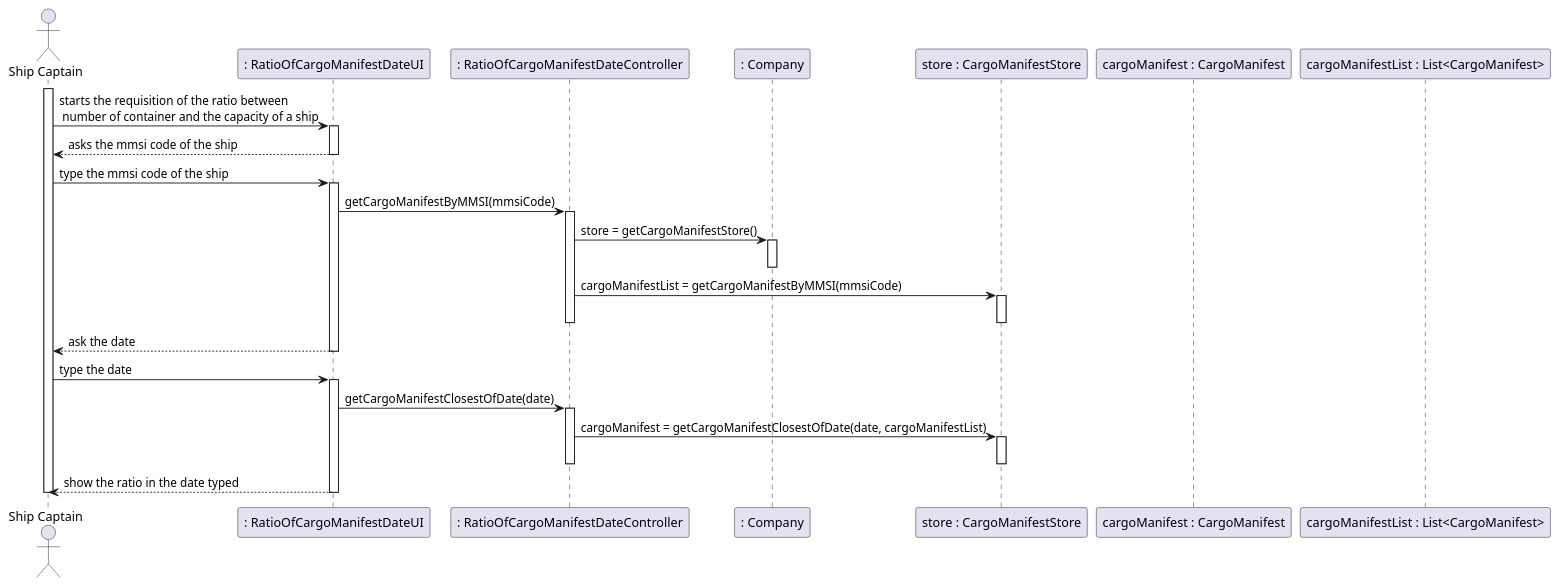
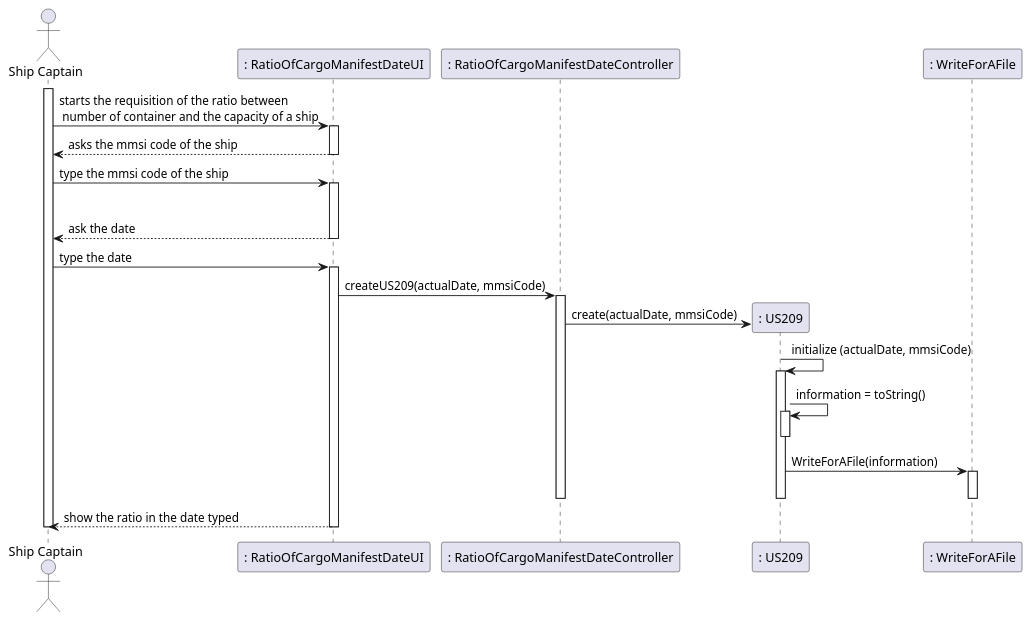
Before and after one commit to 0franciscor/lapr3-2021-g042: the diagram in docs/US209/SD_US209.puml, drawn with PlantUML. The commit also changed 16 other files, not shown here.

```diff
--- a/docs/US209/SD_US209.puml
+++ b/docs/US209/SD_US209.puml
@@ -1,47 +1,48 @@
 @startuml
 'https://plantuml.com/sequence-diagram
 
 actor "Ship Captain" as SC
 participant ": RatioOfCargoManifestDateUI" as UI
 participant ": RatioOfCargoManifestDateController" as CT
-participant ": Company" as CP
-participant "store : CargoManifestStore" as ST
-participant "cargoManifest : CargoManifest" as CM
-participant "cargoManifestList : List<CargoManifest>" as CML
+participant ": US209" as US
+participant ": WriteForAFile" as WF
+
 
 
 activate SC
 SC->UI : starts the requisition of the ratio between\n number of container and the capacity of a ship
 activate UI
 
 UI --> SC : asks the mmsi code of the ship
 deactivate UI
 SC -> UI : type the mmsi code of the ship
 activate UI
-UI -> CT : getCargoManifestByMMSI(mmsiCode)
-activate CT
-CT -> CP : store = getCargoManifestStore()
-activate CP
-deactivate CP
-CT-> ST : cargoManifestList = getCargoManifestByMMSI(mmsiCode)
-activate ST
-deactivate ST
+
 
 deactivate CT
 UI-->SC : ask the date
 deactivate UI
 
 SC -> UI : type the date
 activate UI
-UI-> CT : getCargoManifestClosestOfDate(date)
+UI-> CT : createUS209(actualDate, mmsiCode)
+
 activate CT
-CT -> ST : cargoManifest = getCargoManifestClosestOfDate(date, cargoManifestList)
-activate ST
-deactivate ST
+CT -> US** : create(actualDate, mmsiCode)
+US -> US : initialize (actualDate, mmsiCode)
+activate US
+US -> US : information = toString()
+activate US
+deactivate US
+US -> WF : WriteForAFile(information)
+activate WF
+deactivate WF
 
+
+deactivate US
 deactivate CT
 UI -->SC : show the ratio in the date typed
 deactivate UI
 
 deactivate SC
 @enduml
```
